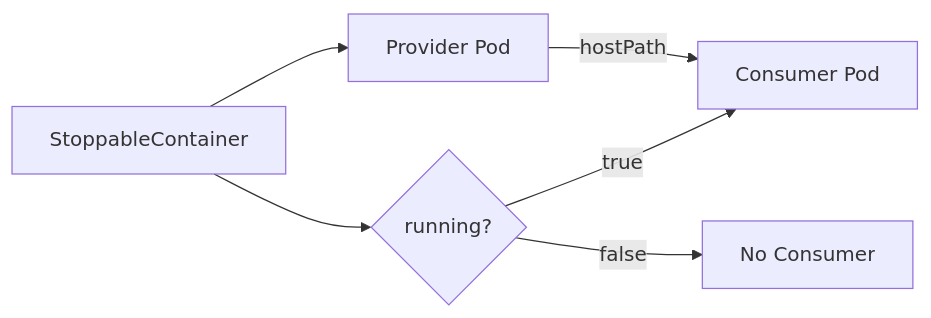
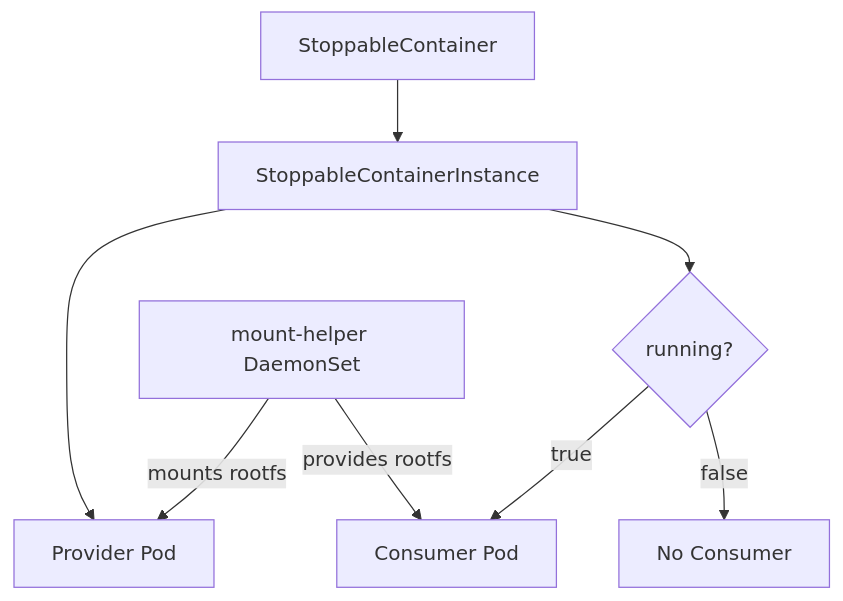
One commit to xtlsoft/stoppablecontainer changed the diagram in docs-site/docs/index.md. Above: the diagram before and after it, drawn with Mermaid. The commit also changed other lines of this file and 15 other files, not shown here.

First line of the commit message:
docs: comprehensive documentation update for DaemonSet architecture

````diff
--- a/docs-site/docs/index.md
+++ b/docs-site/docs/index.md
@@ -42,8 +43,10 @@
 ```mermaid
-graph LR
-    A[StoppableContainer] --> B[Provider Pod]
-    A --> C{running?}
-    C -->|true| D[Consumer Pod]
-    C -->|false| E[No Consumer]
-    B -->|hostPath| D
+graph TD
+    A[StoppableContainer] --> B[StoppableContainerInstance]
+    B --> C[Provider Pod]
+    B --> D{running?}
+    D -->|true| E[Consumer Pod]
+    D -->|false| F[No Consumer]
+    G[mount-helper DaemonSet] -->|mounts rootfs| C
+    G -->|provides rootfs| E
 ```
````
